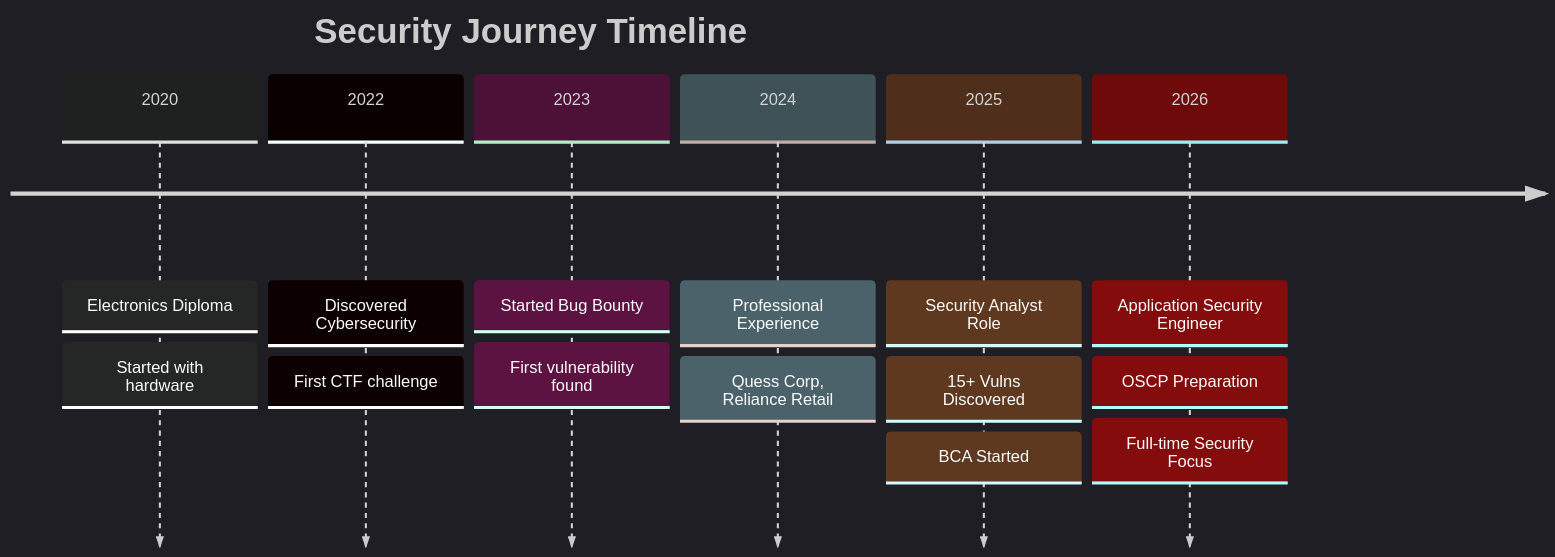
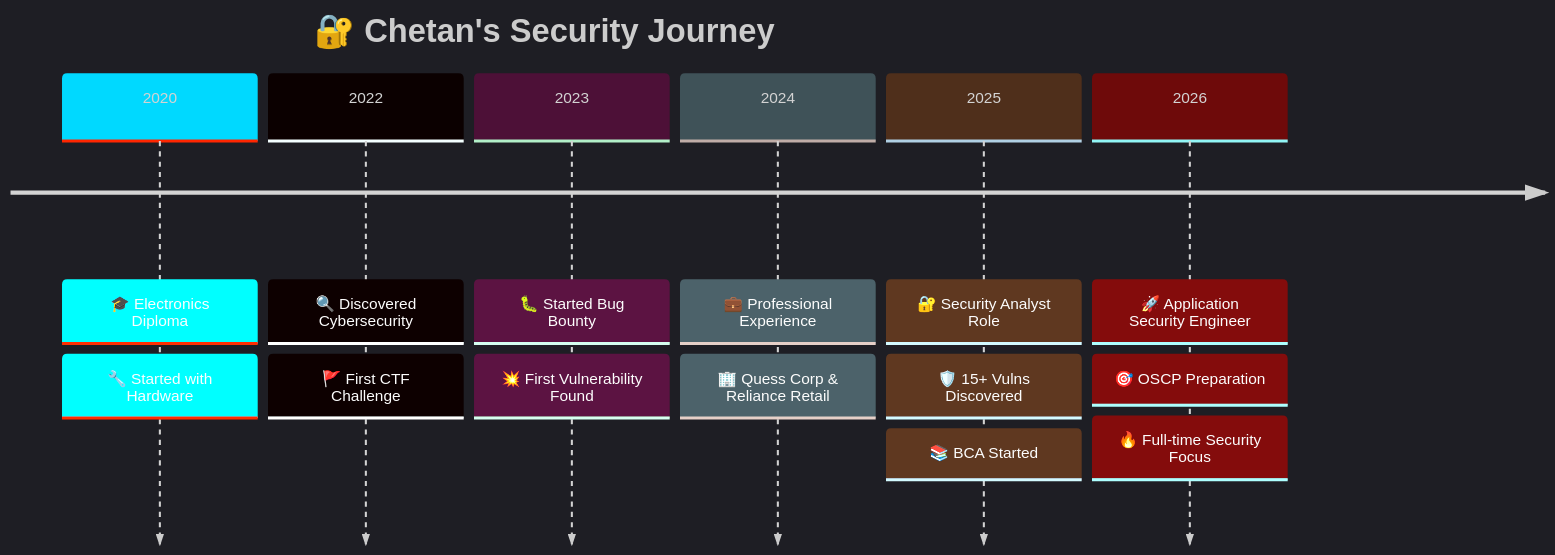
Before and after one commit to ChetanBiranje/chetanbiranje: the first of 3 diagrams in README.md, drawn with Mermaid. The commit also changed other lines of this file, not shown here.

````diff
--- a/README.md
+++ b/README.md
@@ -318,19 +283,19 @@
 ```mermaid
-%%{init: {'theme':'dark', 'themeVariables': { 'fontSize':'16px'}}}%%
+%%{init: {'theme':'dark', 'themeVariables': {'fontSize':'15px', 'primaryColor':'#00d9ff', 'primaryTextColor':'#fff', 'primaryBorderColor':'#00d9ff', 'lineColor':'#00d9ff', 'secondaryColor':'#1a1a2e', 'tertiaryColor':'#16213e'}}}%%
 timeline
-    title Security Journey Timeline
-    2020 : Electronics Diploma
-         : Started with hardware
-    2022 : Discovered Cybersecurity
-         : First CTF challenge
-    2023 : Started Bug Bounty
-         : First vulnerability found
-    2024 : Professional Experience
-         : Quess Corp, Reliance Retail
-    2025 : Security Analyst Role
-         : 15+ Vulns Discovered
-         : BCA Started
-    2026 : Application Security Engineer
-         : OSCP Preparation
-         : Full-time Security Focus
+    title 🔐 Chetan's Security Journey
+    2020 : 🎓 Electronics Diploma
+         : 🔧 Started with Hardware
+    2022 : 🔍 Discovered Cybersecurity
+         : 🚩 First CTF Challenge
+    2023 : 🐛 Started Bug Bounty
+         : 💥 First Vulnerability Found
+    2024 : 💼 Professional Experience
+         : 🏢 Quess Corp & Reliance Retail
+    2025 : 🔐 Security Analyst Role
+         : 🛡️ 15+ Vulns Discovered
+         : 📚 BCA Started
+    2026 : 🚀 Application Security Engineer
+         : 🎯 OSCP Preparation
+         : 🔥 Full-time Security Focus
 ```
````
